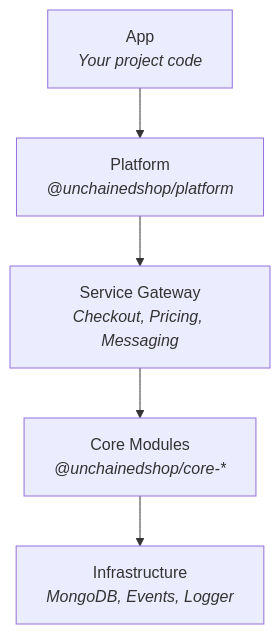
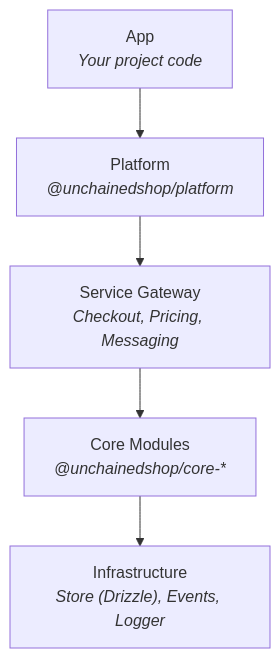
The first of 2 diagrams in docs/docs/concepts/architecture.md (unchainedshop/unchained), drawn with Mermaid before and after one commit. The commit also changed other lines of this file and 7 other files, not shown here.

````diff
--- a/docs/docs/concepts/architecture.md
+++ b/docs/docs/concepts/architecture.md
@@ -21,10 +21,10 @@
 ```mermaid
 flowchart TD
     A["App<br/><i>Your project code</i>"]
     B["Platform<br/><i>@unchainedshop/platform</i>"]
     C["Service Gateway<br/><i>Checkout, Pricing, Messaging</i>"]
     D["Core Modules<br/><i>@unchainedshop/core-*</i>"]
-    E["Infrastructure<br/><i>MongoDB, Events, Logger</i>"]
+    E["Infrastructure<br/><i>Store (Drizzle), Events, Logger</i>"]
 
     A --> B --> C --> D --> E
 ```
````
